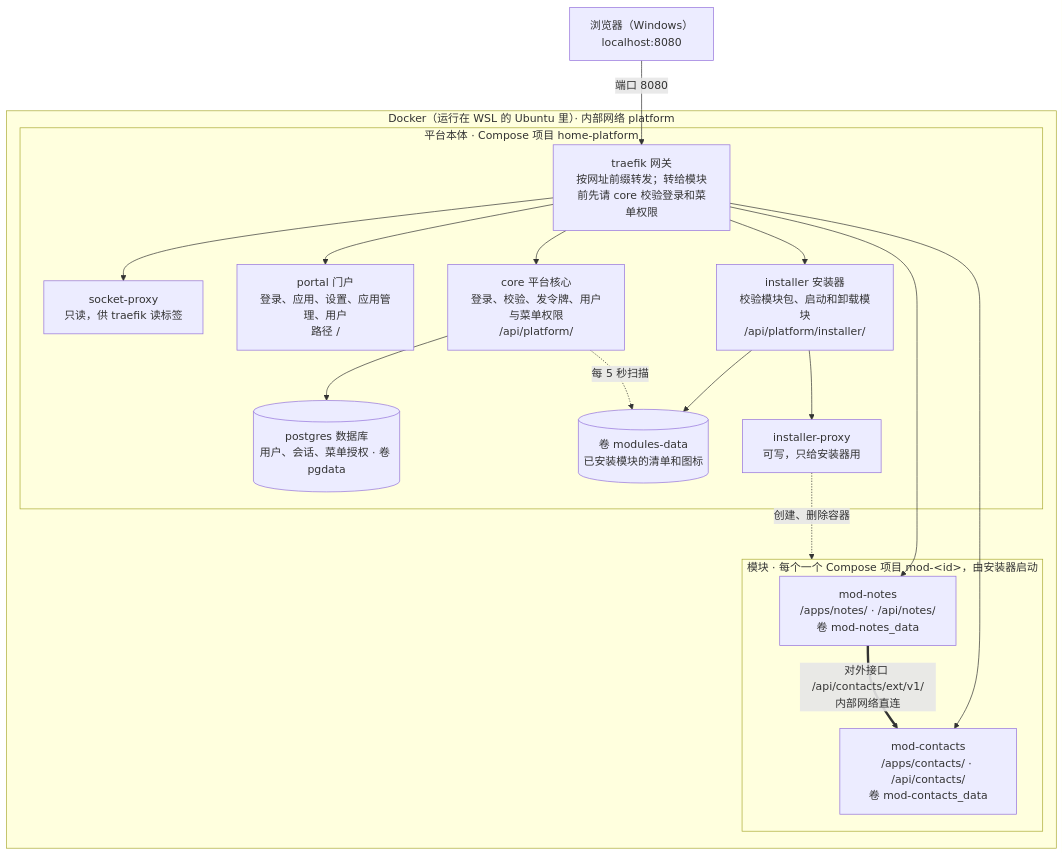
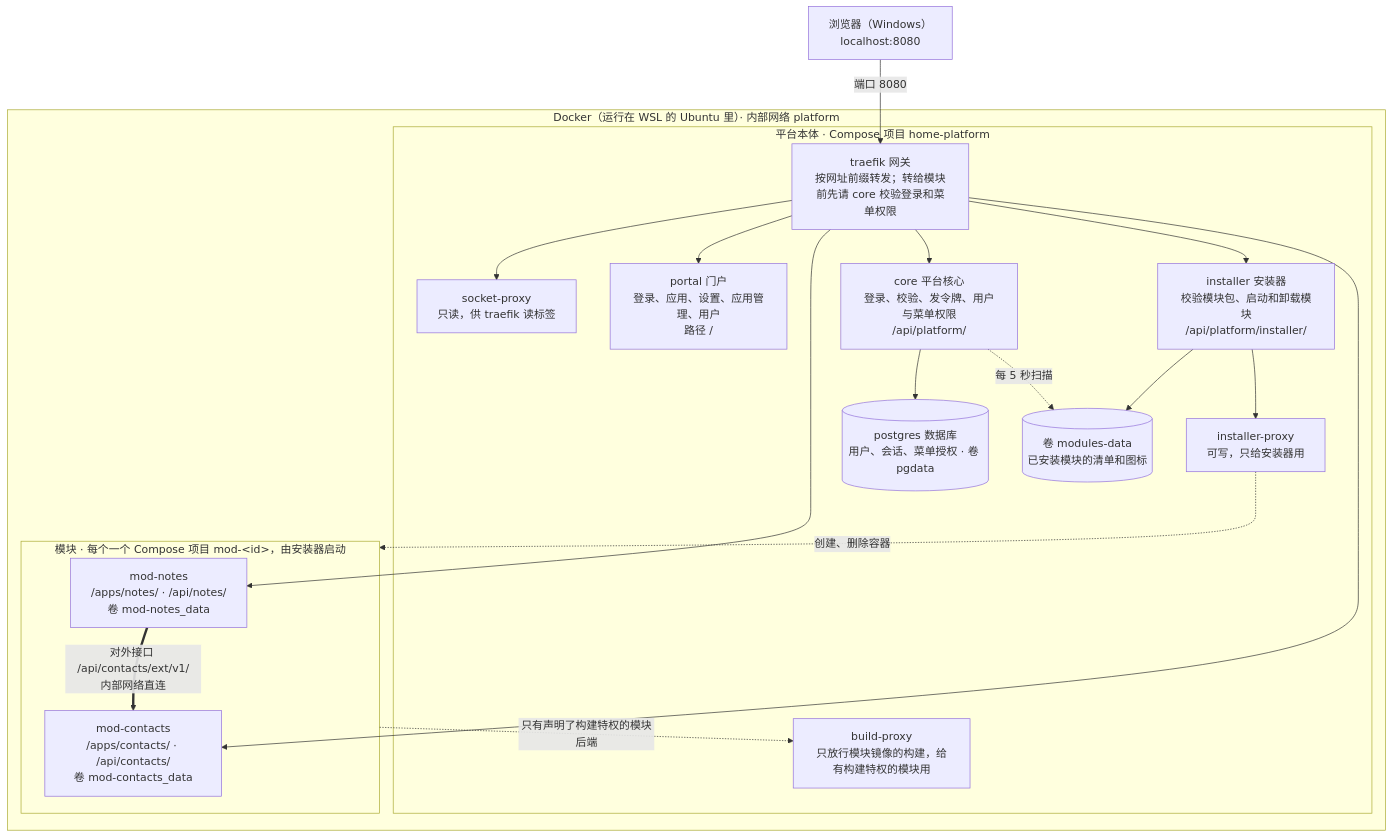
The diagram in ARCHITECTURE.md (Beane-Big/vibebooth), drawn with Mermaid before and after one commit. The commit also changed other lines of this file and 26 other files, not shown here.

````diff
--- a/ARCHITECTURE.md
+++ b/ARCHITECTURE.md
@@ -20,33 +20,35 @@
 ```mermaid
 flowchart TB
     browser["浏览器（Windows）<br/>localhost:8080"]
     subgraph docker["Docker（运行在 WSL 的 Ubuntu 里）· 内部网络 platform"]
         subgraph base["平台本体 · Compose 项目 home-platform"]
             traefik["traefik 网关<br/>按网址前缀转发；转给模块前先请 core 校验登录和菜单权限"]
             socket["socket-proxy<br/>只读，供 traefik 读标签"]
             portal["portal 门户<br/>登录、应用、设置、应用管理、用户<br/>路径 /"]
             core["core 平台核心<br/>登录、校验、发令牌、用户与菜单权限<br/>/api/platform/"]
             installer["installer 安装器<br/>校验模块包、启动和卸载模块<br/>/api/platform/installer/"]
             iproxy["installer-proxy<br/>可写，只给安装器用"]
+            bproxy["build-proxy<br/>只放行模块镜像的构建，给有构建特权的模块用"]
             pg[("postgres 数据库<br/>用户、会话、菜单授权 · 卷 pgdata")]
             mods[("卷 modules-data<br/>已安装模块的清单和图标")]
         end
         subgraph modules["模块 · 每个一个 Compose 项目 mod-&lt;id&gt;，由安装器启动"]
             notes["mod-notes<br/>/apps/notes/ · /api/notes/<br/>卷 mod-notes_data"]
             contacts["mod-contacts<br/>/apps/contacts/ · /api/contacts/<br/>卷 mod-contacts_data"]
         end
     end
     browser -- "端口 8080" --> traefik
     traefik --> socket
     traefik --> portal
     traefik --> core
     traefik --> installer
     traefik --> notes
     traefik --> contacts
     core --> pg
     core -. "每 5 秒扫描" .-> mods
     installer --> mods
     installer --> iproxy
+    modules -. "只有声明了构建特权的模块后端" .-> bproxy
     iproxy -. "创建、删除容器" .-> modules
     notes == "对外接口 /api/contacts/ext/v1/<br/>内部网络直连" ==> contacts
 ```
````
